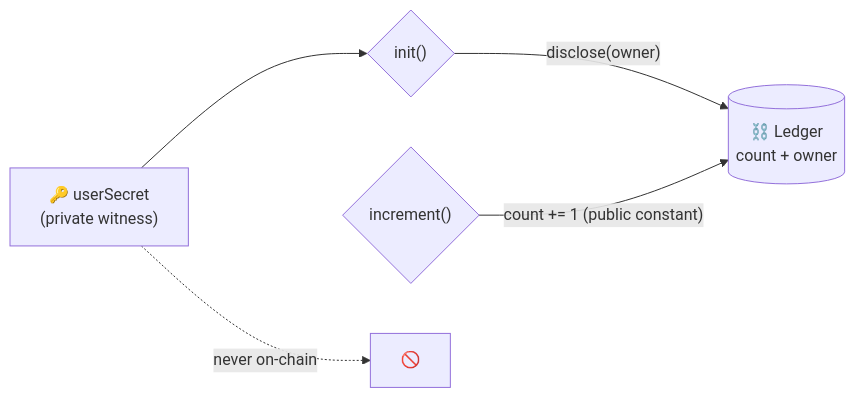
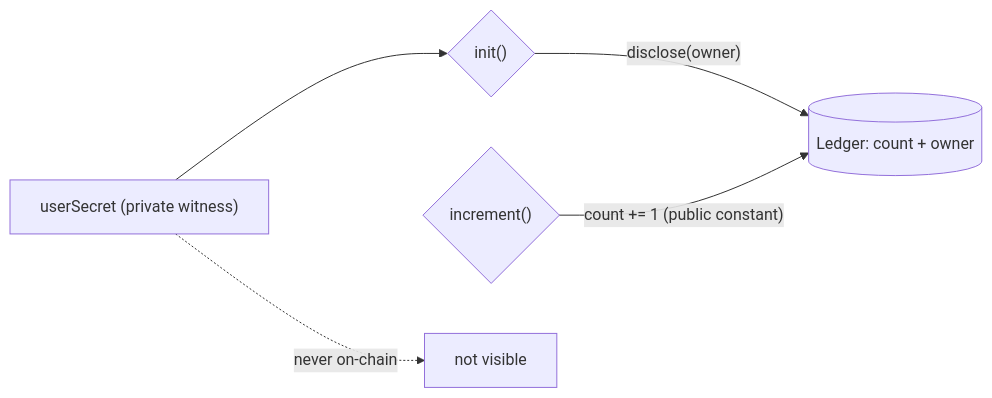
One commit to koushiknoah77/Nyx changed the diagram in README.md. Above: the diagram before and after it, drawn with Mermaid. The commit also changed other lines of this file and 1 other file, not shown here.

````diff
--- a/README.md
+++ b/README.md
@@ -76,7 +57,7 @@
 ```mermaid
 flowchart LR
-    A["🔑 userSecret<br/>(private witness)"] --> C{"init()"}
-    C -->|"disclose(owner)"| E[("⛓️ Ledger<br/>count + owner")]
+    A["userSecret (private witness)"] --> C{"init()"}
+    C -->|"disclose(owner)"| E[("Ledger: count + owner")]
     D{"increment()"} -->|"count += 1 (public constant)"| E
-    A -.->|"never on-chain"| F["🚫"]
+    A -.->|"never on-chain"| F["not visible"]
 ```
````
